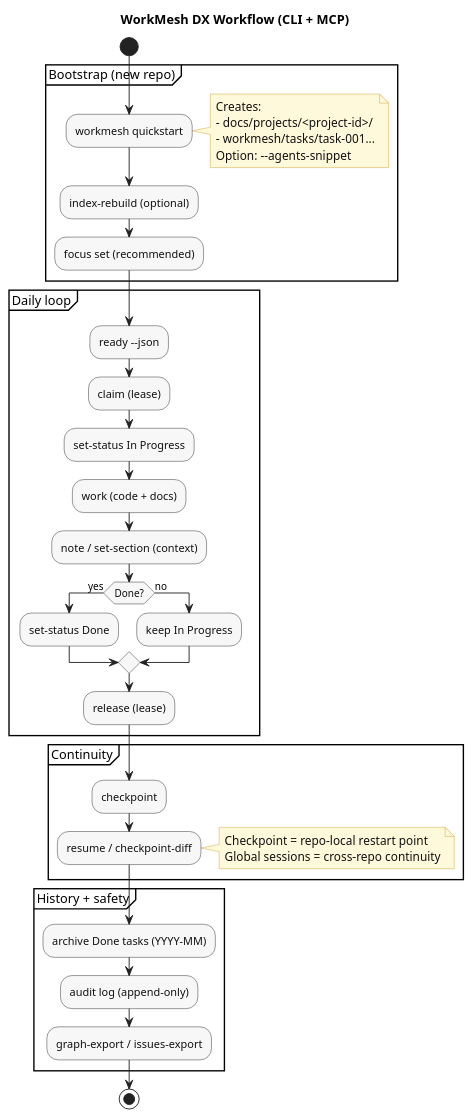
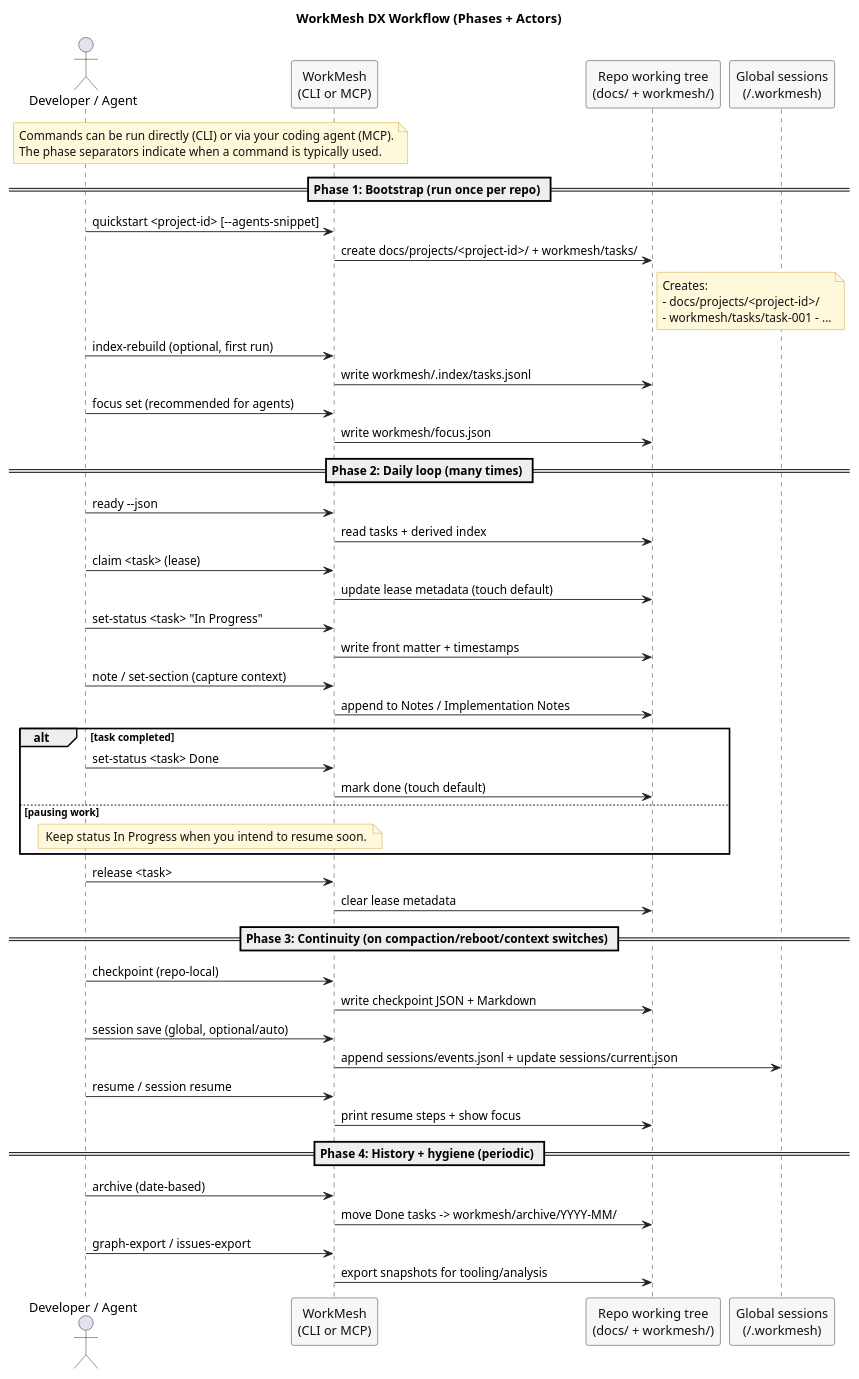
Before and after one commit to luislobo/workmesh: the diagram in docs/diagrams/dx-workflow.puml, drawn with PlantUML. The commit also changed 2 other files, not shown here.

Commit message:
docs: clarify DX workflow phases and actors

```diff
--- a/docs/diagrams/dx-workflow.puml
+++ b/docs/diagrams/dx-workflow.puml
@@ -1,62 +1,82 @@
 @startuml
-title WorkMesh DX Workflow (CLI + MCP)
+title WorkMesh DX Workflow (Phases + Actors)
 
 skinparam shadowing false
 skinparam backgroundColor white
-skinparam activity {
-  BackgroundColor #F7F7F7
-  BorderColor #222222
-  FontColor #111111
-  ArrowColor #222222
-}
+
 skinparam note {
   BackgroundColor #FFF9DB
   BorderColor #D09B2C
   FontColor #111111
 }
 
-start
-
-partition "Bootstrap (new repo)" {
-  :workmesh quickstart;
-  note right
-    Creates:
-    - docs/projects/<project-id>/
-    - workmesh/tasks/task-001...
-    Option: --agents-snippet
-  end note
-  :index-rebuild (optional);
-  :focus set (recommended);
+skinparam sequence {
+  ArrowColor #222222
+  LifeLineBorderColor #222222
+  LifeLineBackgroundColor #FFFFFF
+  ParticipantBorderColor #222222
+  ParticipantBackgroundColor #F7F7F7
+  ParticipantFontColor #111111
+  BoxBorderColor #222222
+  BoxBackgroundColor #F7F7F7
+  BoxFontColor #111111
 }
 
-partition "Daily loop" {
-  :ready --json;
-  :claim (lease);
-  :set-status In Progress;
-  :work (code + docs);
-  :note / set-section (context);
-  if (Done?) then (yes)
-    :set-status Done;
-  else (no)
-    :keep In Progress;
-  endif
-  :release (lease);
-}
+actor "Developer / Agent" as A
+participant "WorkMesh\n(CLI or MCP)" as W
+participant "Repo working tree\n(docs/ + workmesh/)" as R
+participant "Global sessions\n(~/.workmesh)" as G
 
-partition "Continuity" {
-  :checkpoint;
-  :resume / checkpoint-diff;
-  note right
-    Checkpoint = repo-local restart point
-    Global sessions = cross-repo continuity
+note over A,W
+Commands can be run directly (CLI) or via your coding agent (MCP).
+The phase separators indicate when a command is typically used.
+end note
+
+== Phase 1: Bootstrap (run once per repo) ==
+A -> W : quickstart <project-id> [--agents-snippet]
+W -> R : create docs/projects/<project-id>/ + workmesh/tasks/
+note right of R
+Creates:
+- docs/projects/<project-id>/
+- workmesh/tasks/task-001 - ...
+end note
+A -> W : index-rebuild (optional, first run)
+W -> R : write workmesh/.index/tasks.jsonl
+A -> W : focus set (recommended for agents)
+W -> R : write workmesh/focus.json
+
+== Phase 2: Daily loop (many times) ==
+A -> W : ready --json
+W -> R : read tasks + derived index
+A -> W : claim <task> (lease)
+W -> R : update lease metadata (touch default)
+A -> W : set-status <task> "In Progress"
+W -> R : write front matter + timestamps
+A -> W : note / set-section (capture context)
+W -> R : append to Notes / Implementation Notes
+alt task completed
+  A -> W : set-status <task> Done
+  W -> R : mark done (touch default)
+else pausing work
+  note over A,W
+  Keep status In Progress when you intend to resume soon.
   end note
-}
+end
+A -> W : release <task>
+W -> R : clear lease metadata
 
-partition "History + safety" {
-  :archive Done tasks (YYYY-MM);
-  :audit log (append-only);
-  :graph-export / issues-export;
-}
+== Phase 3: Continuity (on compaction/reboot/context switches) ==
+A -> W : checkpoint (repo-local)
+W -> R : write checkpoint JSON + Markdown
+A -> W : session save (global, optional/auto)
+W -> G : append sessions/events.jsonl + update sessions/current.json
+A -> W : resume / session resume
+W -> R : print resume steps + show focus
 
-stop
+== Phase 4: History + hygiene (periodic) ==
+A -> W : archive (date-based)
+W -> R : move Done tasks -> workmesh/archive/YYYY-MM/
+A -> W : graph-export / issues-export
+W -> R : export snapshots for tooling/analysis
+
 @enduml
```
